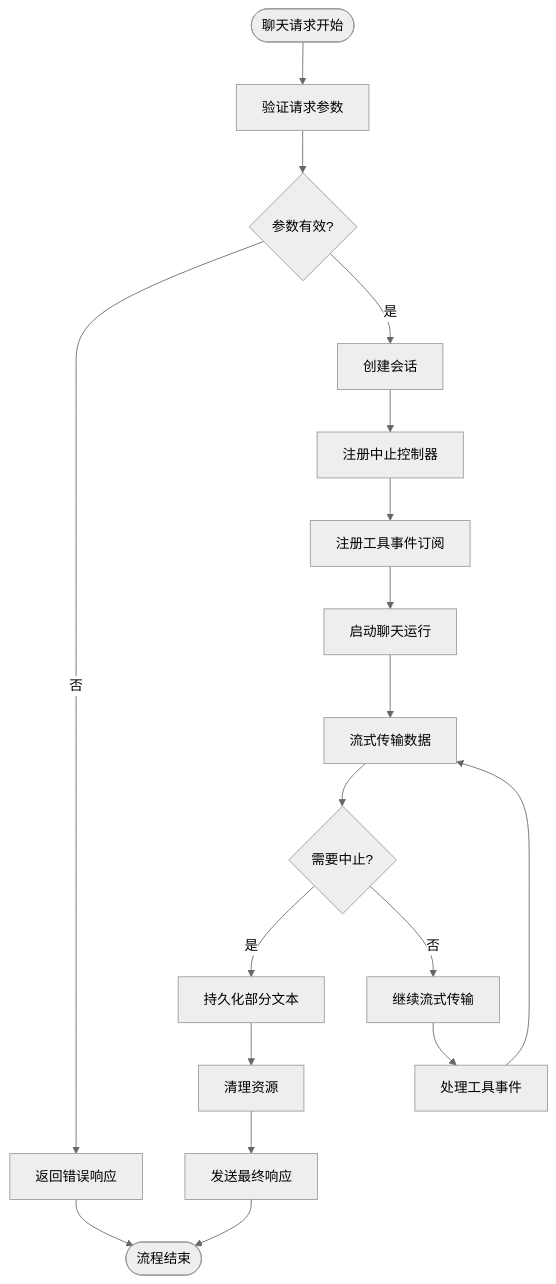
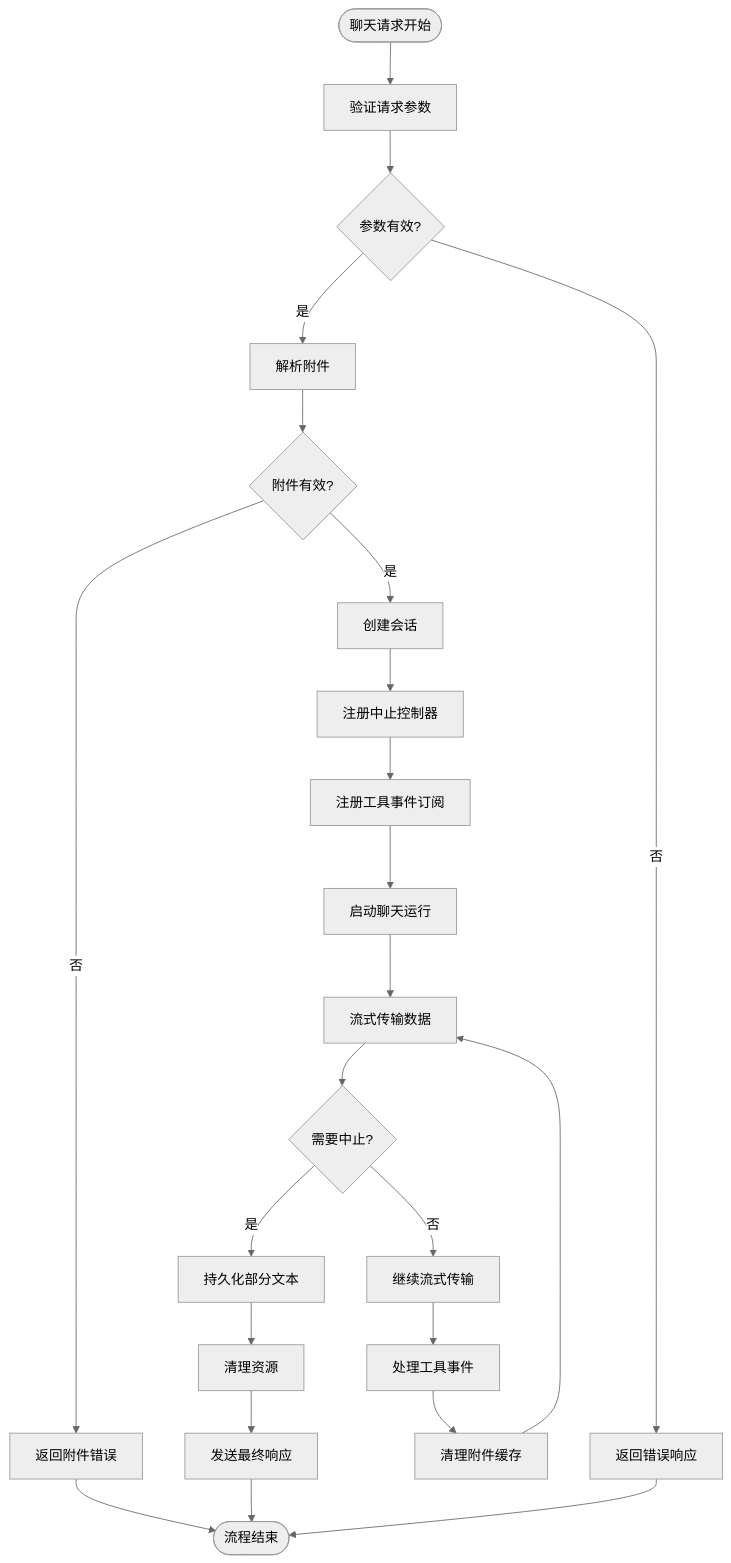
Before and after one commit to verse-ai-org/openclaw: the third of 20 diagrams in .qoder/repowiki/zh/content/Web界面/WebChat界面/聊天运行时提供者增强.md, drawn with Mermaid (neutral theme). The commit also changed other lines of this file and 7 other files, not shown here.

````diff
--- a/.qoder/repowiki/zh/content/Web界面/WebChat界面/聊天运行时提供者增强.md
+++ b/.qoder/repowiki/zh/content/Web界面/WebChat界面/聊天运行时提供者增强.md
@@ -189,20 +222,25 @@
 ```mermaid
 flowchart TD
 Start([聊天请求开始]) --> Validate["验证请求参数"]
 Validate --> Valid{"参数有效?"}
 Valid --> |否| ErrorResponse["返回错误响应"]
-Valid --> |是| CreateSession["创建会话"]
+Valid --> |是| ParseAttachments["解析附件"]
+ParseAttachments --> AttachmentsValid{"附件有效?"}
+AttachmentsValid --> |否| AttachmentError["返回附件错误"]
+AttachmentsValid --> |是| CreateSession["创建会话"]
 CreateSession --> RegisterAbort["注册中止控制器"]
 RegisterAbort --> RegisterToolEvents["注册工具事件订阅"]
 RegisterToolEvents --> StartRun["启动聊天运行"]
 StartRun --> StreamData["流式传输数据"]
 StreamData --> CheckAbort{"需要中止?"}
 CheckAbort --> |是| PersistPartial["持久化部分文本"]
 CheckAbort --> |否| ContinueStream["继续流式传输"]
 ContinueStream --> ToolEvents["处理工具事件"]
-ToolEvents --> StreamData
+ToolEvents --> CleanupAttachments["清理附件缓存"]
+CleanupAttachments --> StreamData
 PersistPartial --> Cleanup["清理资源"]
 Cleanup --> FinalResponse["发送最终响应"]
-ErrorResponse --> End([流程结束])
+AttachmentError --> End([流程结束])
 FinalResponse --> End
+ErrorResponse --> End
 ```
````
